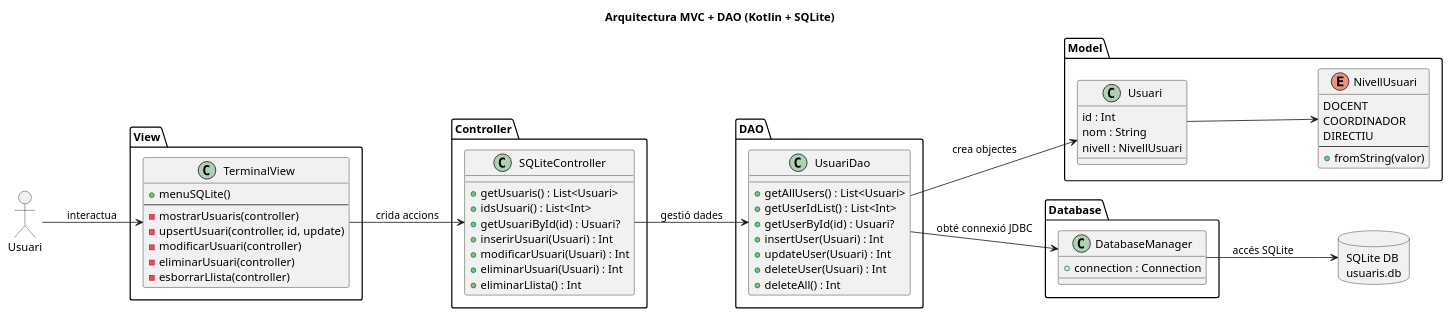
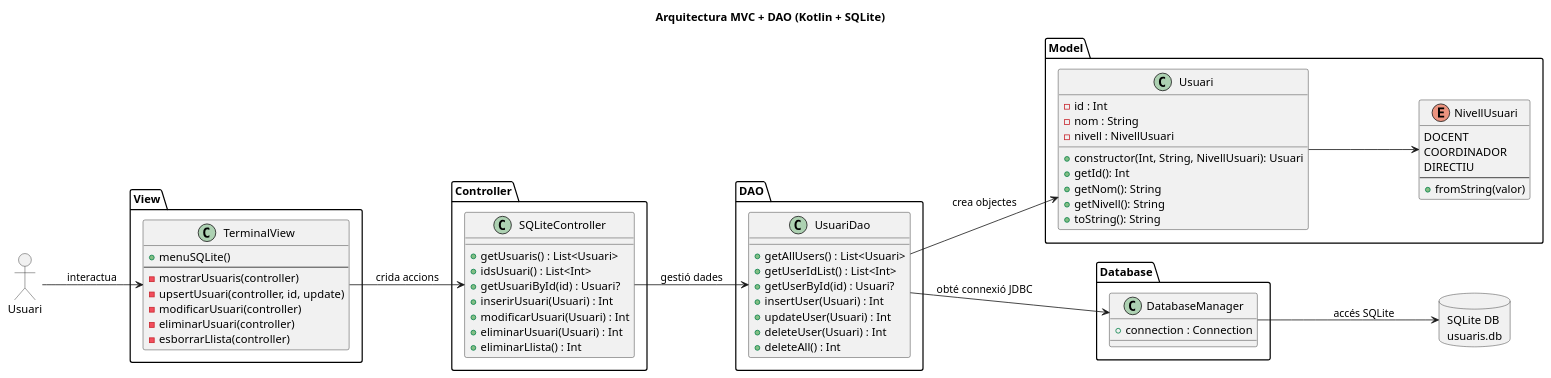
One commit to ITEC-BCN/mp03-uf6-demo-kotlin-database-access changed the diagram in src/main/kotlin/uml/Diagrama-MVC.puml. Above: the diagram before and after it, drawn with PlantUML. The commit also changed 1 other file, not shown here.

Commit message:
docs: update MVC diagram

```diff
--- a/src/main/kotlin/uml/Diagrama-MVC.puml
+++ b/src/main/kotlin/uml/Diagrama-MVC.puml
@@ -1,92 +1,97 @@
 @startuml
 allowmixing
 
 left to right direction
 
 title Arquitectura MVC + DAO (Kotlin + SQLite)
 
 actor "Usuari" as User
 
 package "View" {
 
     class TerminalView {
         +menuSQLite()
         --
         -mostrarUsuaris(controller)
         -upsertUsuari(controller, id, update)
         -modificarUsuari(controller)
         -eliminarUsuari(controller)
         -esborrarLlista(controller)
     }
 
 }
 
 package "Controller" {
 
     class SQLiteController {
         +getUsuaris() : List<Usuari>
         +idsUsuari() : List<Int>
         +getUsuariById(id) : Usuari?
         +inserirUsuari(Usuari) : Int
         +modificarUsuari(Usuari) : Int
         +eliminarUsuari(Usuari) : Int
         +eliminarLlista() : Int
     }
 
 }
 
 package "Model" {
 
     class Usuari {
-        id : Int
-        nom : String
-        nivell : NivellUsuari
+        -id : Int
+        -nom : String
+        -nivell : NivellUsuari
+        +constructor(Int, String, NivellUsuari): Usuari
+        +getId(): Int
+        +getNom(): String
+        +getNivell(): String
+        +toString(): String
     }
 
     enum NivellUsuari {
         DOCENT
         COORDINADOR
         DIRECTIU
         --
         +fromString(valor)
     }
 
 }
 
 package "DAO" {
 
     class UsuariDao {
         +getAllUsers() : List<Usuari>
         +getUserIdList() : List<Int>
         +getUserById(id) : Usuari?
         +insertUser(Usuari) : Int
         +updateUser(Usuari) : Int
         +deleteUser(Usuari) : Int
         +deleteAll() : Int
     }
 
 }
 
 package "Database" {
 
     class DatabaseManager {
         +connection : Connection
     }
 
 }
 
 database "SQLite DB\nusuaris.db" as DB
 
 
 User --> TerminalView : interactua
 
 TerminalView --> SQLiteController : crida accions
 SQLiteController --> UsuariDao : gestió dades
 
 UsuariDao --> DatabaseManager : obté connexió JDBC
 DatabaseManager --> DB : accés SQLite
 
 UsuariDao --> Usuari : crea objectes
 Usuari --> NivellUsuari
 
 @enduml
```
